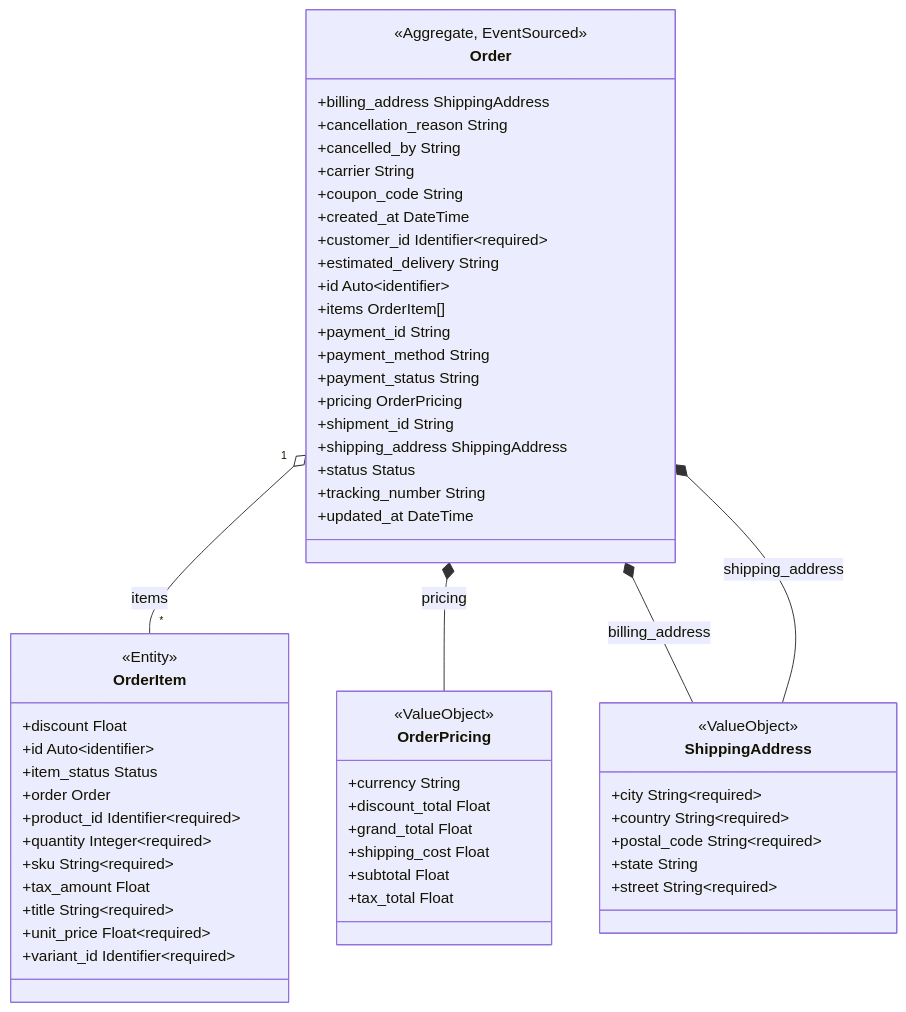
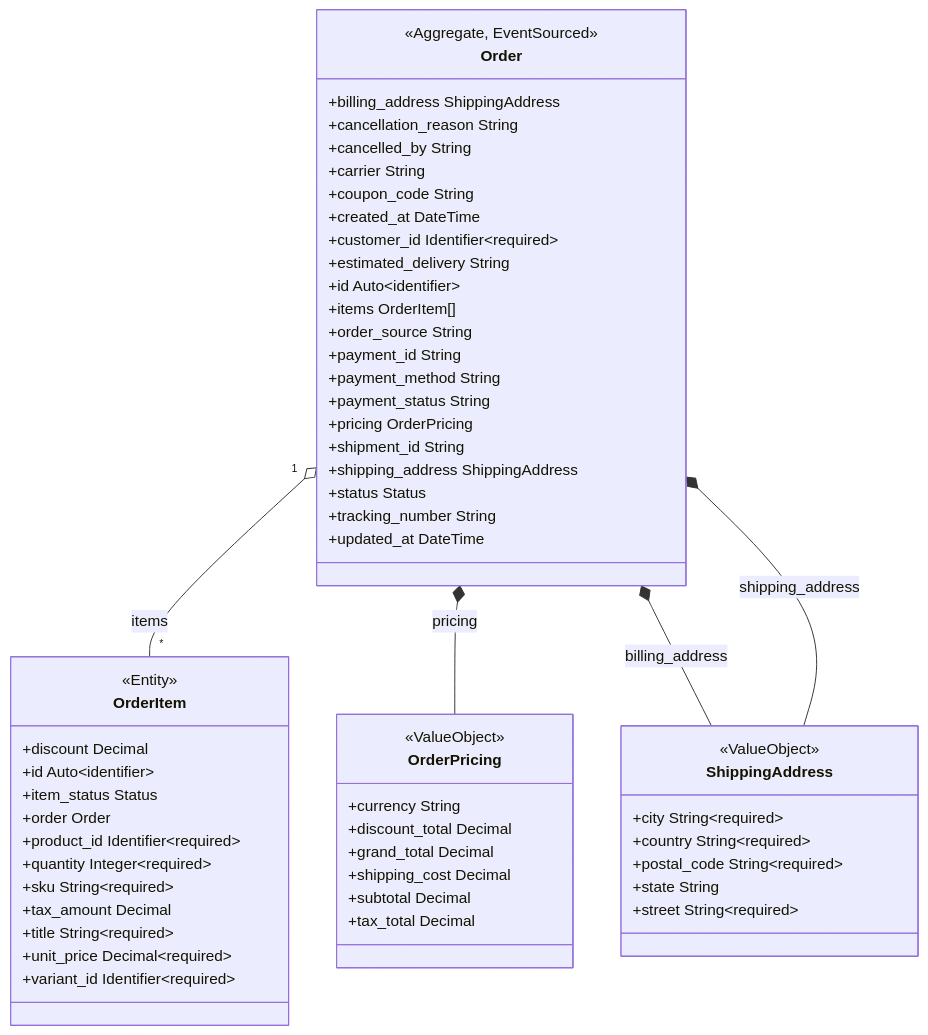
Before and after one commit to proteanhq/shopstream: the second of 2 diagrams in docs/ordering/clusters.md, drawn with Mermaid. The commit also changed 290 other files, not shown here.

First line of the commit message:
Move event money fields from Float to Decimal (#124)

````diff
--- a/docs/ordering/clusters.md
+++ b/docs/ordering/clusters.md
@@ -31,60 +31,61 @@
 ```mermaid
 classDiagram
     class ordering_order_order_Order["Order"] {
         <<Aggregate, EventSourced>>
         +billing_address ShippingAddress
         +cancellation_reason String
         +cancelled_by String
         +carrier String
         +coupon_code String
         +created_at DateTime
         +customer_id Identifier~required~
         +estimated_delivery String
         +id Auto~identifier~
         +items OrderItem[]
+        +order_source String
         +payment_id String
         +payment_method String
         +payment_status String
         +pricing OrderPricing
         +shipment_id String
         +shipping_address ShippingAddress
         +status Status
         +tracking_number String
         +updated_at DateTime
     }
     class ordering_order_order_OrderItem["OrderItem"] {
         <<Entity>>
-        +discount Float
+        +discount Decimal
         +id Auto~identifier~
         +item_status Status
         +order Order
         +product_id Identifier~required~
         +quantity Integer~required~
         +sku String~required~
-        +tax_amount Float
+        +tax_amount Decimal
         +title String~required~
-        +unit_price Float~required~
+        +unit_price Decimal~required~
         +variant_id Identifier~required~
     }
     ordering_order_order_Order "1" o-- "*" ordering_order_order_OrderItem : items
     class ordering_order_order_OrderPricing["OrderPricing"] {
         <<ValueObject>>
         +currency String
-        +discount_total Float
-        +grand_total Float
-        +shipping_cost Float
-        +subtotal Float
-        +tax_total Float
+        +discount_total Decimal
+        +grand_total Decimal
+        +shipping_cost Decimal
+        +subtotal Decimal
+        +tax_total Decimal
     }
     ordering_order_order_Order *-- ordering_order_order_OrderPricing : pricing
     class ordering_order_order_ShippingAddress["ShippingAddress"] {
         <<ValueObject>>
         +city String~required~
         +country String~required~
         +postal_code String~required~
         +state String
         +street String~required~
     }
     ordering_order_order_Order *-- ordering_order_order_ShippingAddress : billing_address
     ordering_order_order_Order *-- ordering_order_order_ShippingAddress : shipping_address
 ```
````
